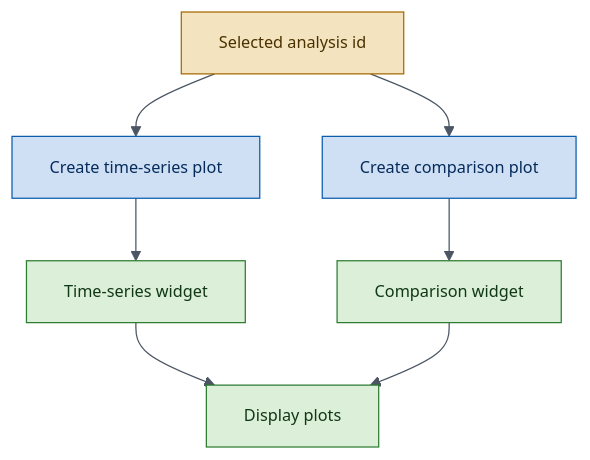
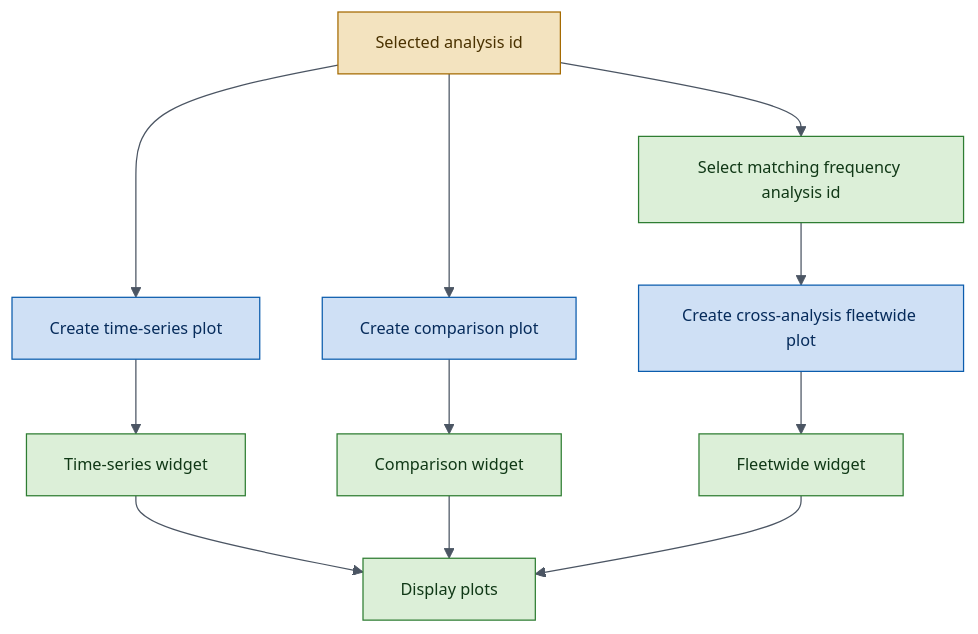
One commit to OWI-Lab/owi-metadatabase-results-sdk changed the fifth of 5 diagrams in docs/tutorials/lifetime-design-verification.md. Above: the diagram before and after it, drawn with Mermaid. The commit also changed other lines of this file and 5 other files, not shown here.

````diff
--- a/docs/tutorials/lifetime-design-verification.md
+++ b/docs/tutorials/lifetime-design-verification.md
@@ -360,23 +364,27 @@
 ```mermaid
 %%{init: {'theme': 'base', 'themeVariables': {
   'fontSize': 'small',
   'lineColor': '#4B5563',
   'clusterBkg': '#F8FAFC',
   'clusterBorder': '#CBD5E1'
 }}}%%
 graph TD
     A["Selected analysis id"] --> B["Create time-series plot"]
     A --> C["Create comparison plot"]
-    B --> D["Time-series widget"]
-    C --> E["Comparison widget"]
-    D --> F["Display plots"]
-    E --> F
+    A --> D["Select matching frequency analysis id"]
+    B --> E["Time-series widget"]
+    C --> F["Comparison widget"]
+    D --> G["Create cross-analysis fleetwide plot"]
+    G --> H["Fleetwide widget"]
+    E --> I["Display plots"]
+    F --> I
+    H --> I
 
     classDef api fill:#CFE0F5,stroke:#0B5CAD,color:#062B5B;
     classDef keep fill:#DCEFD8,stroke:#2E7D32,color:#103816;
     classDef build fill:#F3E3BF,stroke:#A56A00,color:#4A3200;
 
-    class B,C api;
-    class D,E,F keep;
+    class B,C,G api;
+    class D,E,F,H,I keep;
     class A build;
 ```
````
